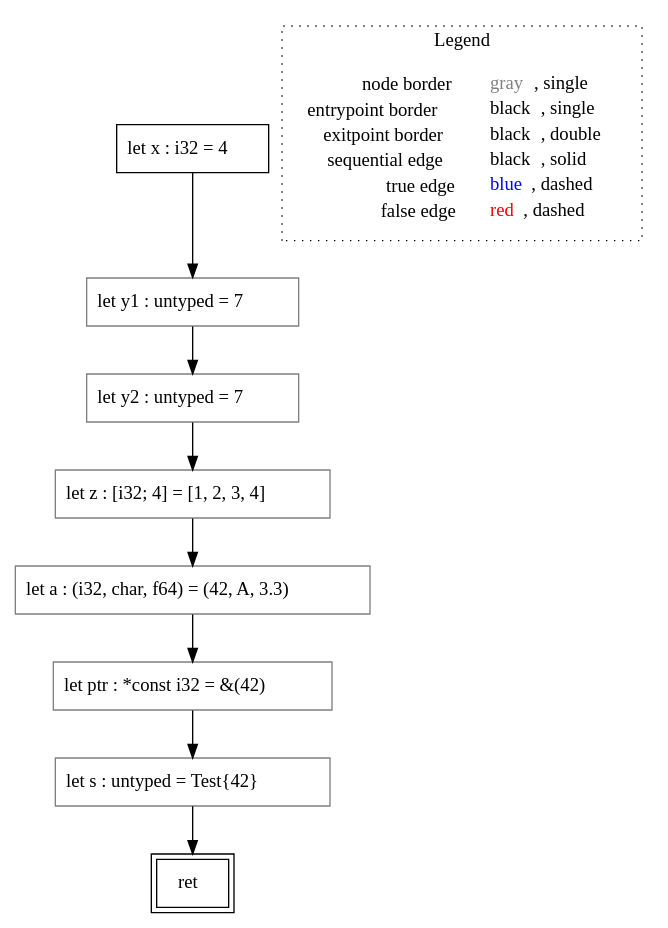
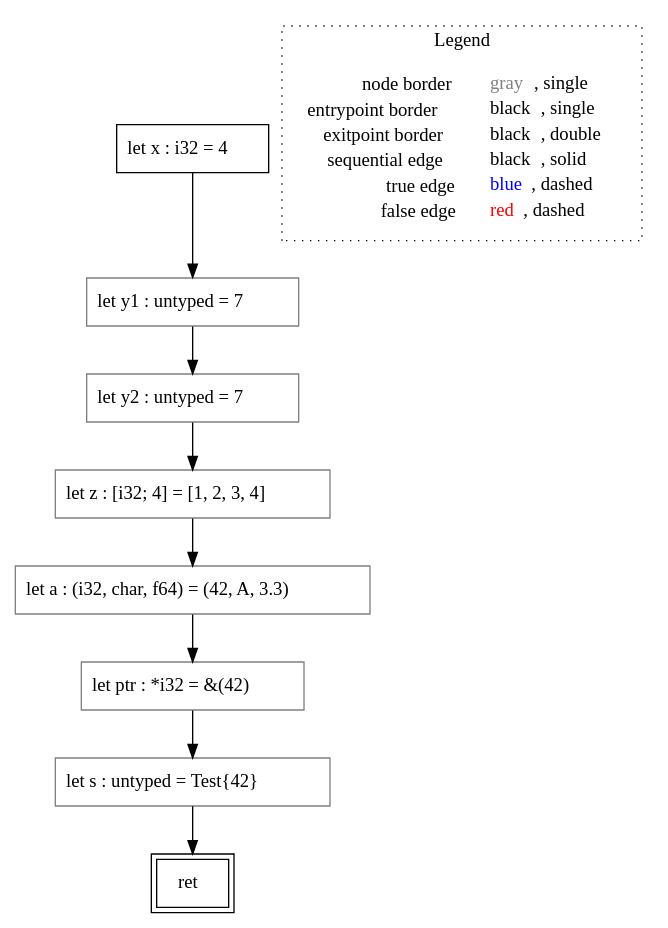
Before and after one commit to VincenzoArceri/rust-lisa: the diagram in rust-lisa/rust-testcases/cfg/type-parsing/()_rust-testcases_cfg_type-parsing_type-parsing.rs.main().dot, drawn with Graphviz. The commit also changed 35 other files, not shown here.

```diff
--- a/rust-lisa/rust-testcases/cfg/type-parsing/()_rust-testcases_cfg_type-parsing_type-parsing.rs.main().dot
+++ b/rust-lisa/rust-testcases/cfg/type-parsing/()_rust-testcases_cfg_type-parsing_type-parsing.rs.main().dot
@@ -1,24 +1,24 @@
 digraph {
 	"node0" [shape="rect",color="black",label=<let x : i32 = 4>];
-	"node1" [shape="rect",color="gray",label=<let s : untyped = Test{42}>];
-	"node2" [shape="rect",color="gray",label=<let ptr : *const i32 = &amp;(42)>];
-	"node3" [shape="rect",color="black",peripheries="2",label=<ret>];
-	"node4" [shape="rect",color="gray",label=<let y1 : untyped = 7>];
-	"node5" [shape="rect",color="gray",label=<let z : [i32; 4] = [1, 2, 3, 4]>];
-	"node6" [shape="rect",color="gray",label=<let y2 : untyped = 7>];
+	"node1" [shape="rect",color="gray",label=<let y1 : untyped = 7>];
+	"node2" [shape="rect",color="gray",label=<let ptr : *i32 = &amp;(42)>];
+	"node3" [shape="rect",color="gray",label=<let s : untyped = Test{42}>];
+	"node4" [shape="rect",color="black",peripheries="2",label=<ret>];
+	"node5" [shape="rect",color="gray",label=<let y2 : untyped = 7>];
+	"node6" [shape="rect",color="gray",label=<let z : [i32; 4] = [1, 2, 3, 4]>];
 	"node7" [shape="rect",color="gray",label=<let a : (i32, char, f64) = (42, A, 3.3)>];
-	"node1" -> "node3" [color="black"];
-	"node2" -> "node1" [color="black"];
-	"node4" -> "node6" [color="black"];
-	"node5" -> "node7" [color="black"];
-	"node0" -> "node4" [color="black"];
-	"node6" -> "node5" [color="black"];
+	"node1" -> "node5" [color="black"];
+	"node0" -> "node1" [color="black"];
+	"node2" -> "node3" [color="black"];
+	"node3" -> "node4" [color="black"];
+	"node5" -> "node6" [color="black"];
+	"node6" -> "node7" [color="black"];
 	"node7" -> "node2" [color="black"];
 subgraph cluster_legend {
 	label="Legend";
 	style=dotted;
 	node [shape=plaintext];
 	"legend" [label=<<table border="0" cellpadding="2" cellspacing="0" cellborder="0"><tr><td align="right">node border&nbsp;</td><td align="left"><font color="gray">gray</font>, single</td></tr><tr><td align="right">entrypoint border&nbsp;</td><td align="left"><font color="black">black</font>, single</td></tr><tr><td align="right">exitpoint border&nbsp;</td><td align="left"><font color="black">black</font>, double</td></tr><tr><td align="right">sequential edge&nbsp;</td><td align="left"><font color="black">black</font>, solid</td></tr><tr><td align="right">true edge&nbsp;</td><td align="left"><font color="blue">blue</font>, dashed</td></tr><tr><td align="right">false edge&nbsp;</td><td align="left"><font color="red">red</font>, dashed</td></tr></table>>];
 }
 
 }
```
